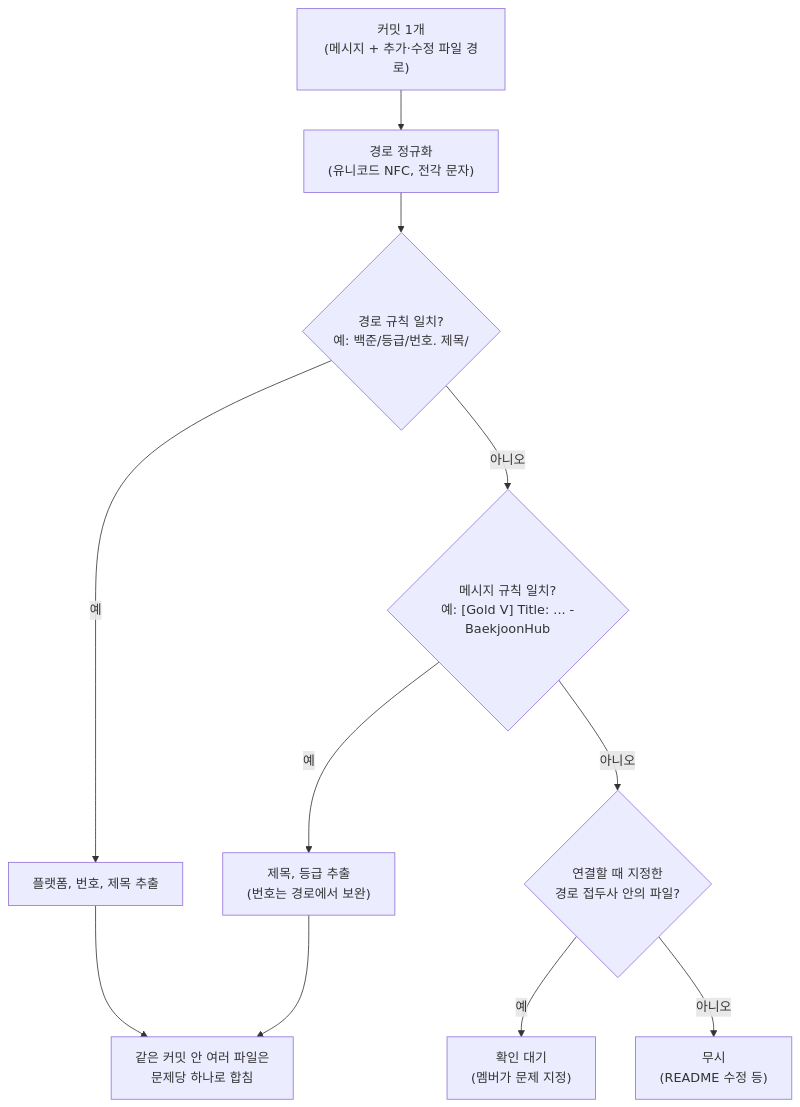
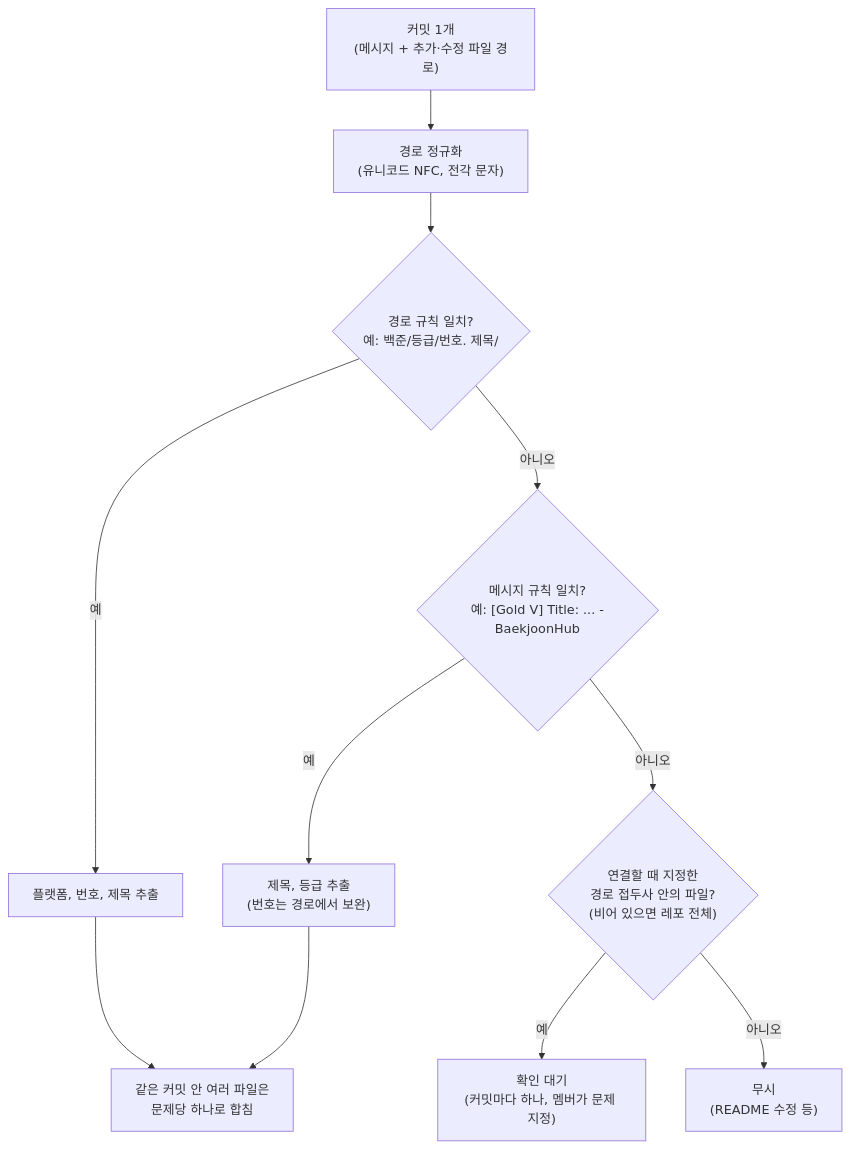
Before and after one commit to Duskafka/codingtest-harness: the diagram in docs/spec/processes/5.04-problem-identification.md, drawn with Mermaid. The commit also changed other lines of this file and 4 other files, not shown here.

````diff
--- a/docs/spec/processes/5.04-problem-identification.md
+++ b/docs/spec/processes/5.04-problem-identification.md
@@ -5,13 +5,13 @@
 ```mermaid
 flowchart TD
     A["커밋 1개<br/>(메시지 + 추가·수정 파일 경로)"] --> B["경로 정규화<br/>(유니코드 NFC, 전각 문자)"]
     B --> C{"경로 규칙 일치?<br/>예: 백준/등급/번호. 제목/"}
     C -->|" 예 "| D["플랫폼, 번호, 제목 추출"]
     C -->|" 아니오 "| E{"메시지 규칙 일치?<br/>예: [Gold V] Title: ... -BaekjoonHub"}
     E -->|" 예 "| F["제목, 등급 추출<br/>(번호는 경로에서 보완)"]
-    E -->|" 아니오 "| G{"연결할 때 지정한<br/>경로 접두사 안의 파일?"}
-    G -->|" 예 "| H["확인 대기<br/>(멤버가 문제 지정)"]
+    E -->|" 아니오 "| G{"연결할 때 지정한<br/>경로 접두사 안의 파일?<br/>(비어 있으면 레포 전체)"}
+    G -->|" 예 "| H["확인 대기<br/>(커밋마다 하나, 멤버가 문제 지정)"]
     G -->|" 아니오 "| I["무시<br/>(README 수정 등)"]
     D --> J["같은 커밋 안 여러 파일은<br/>문제당 하나로 합침"]
     F --> J
 ```
````
